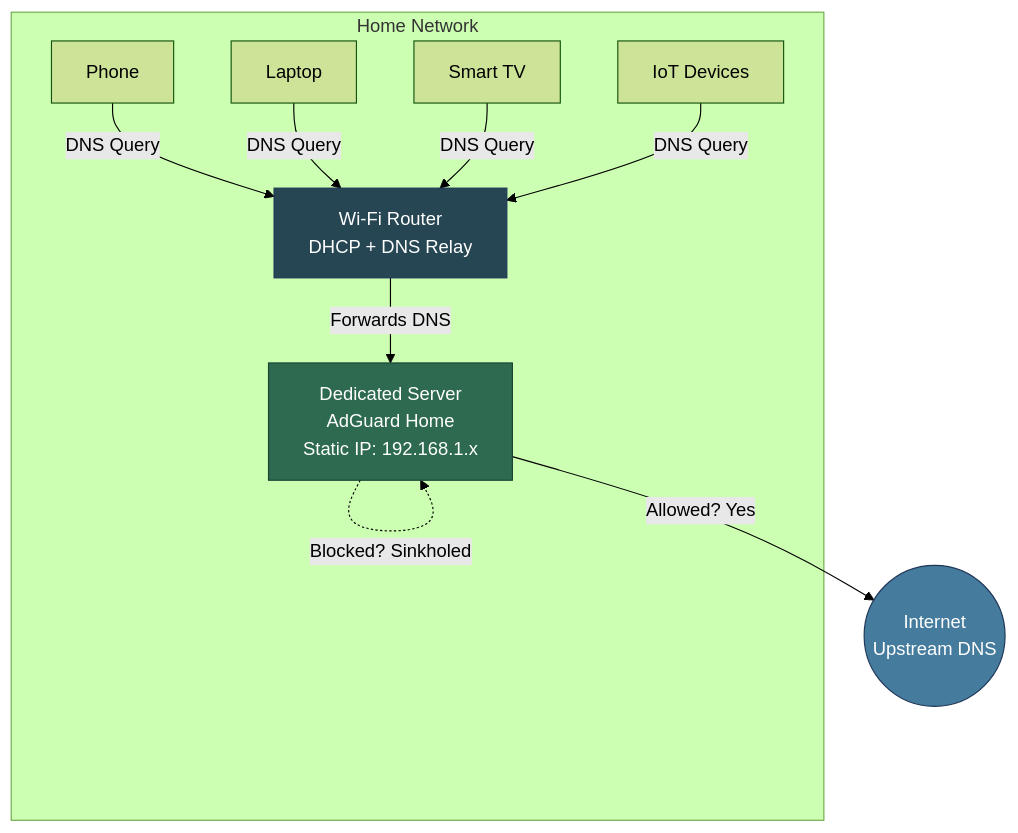
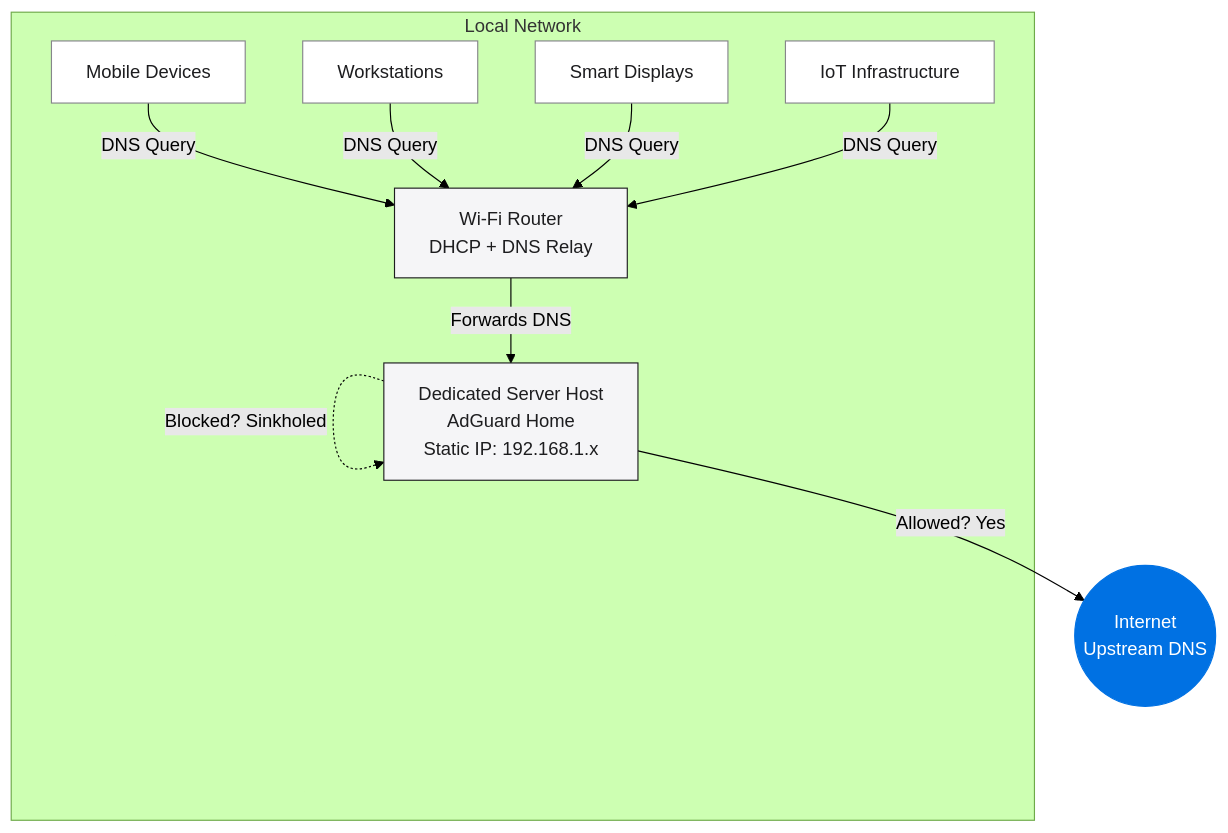
Before and after one commit to rani-nabulsi/DNS-deployment: the first of 4 diagrams in README.md, drawn with Mermaid (forest theme). The commit also changed other lines of this file, not shown here.

````diff
--- a/README.md
+++ b/README.md
@@ -43,25 +43,29 @@
 ```mermaid
 graph TB
-    subgraph Home Network
+    subgraph Local Network
         Router[Wi-Fi Router<br/>DHCP + DNS Relay]
-        Server[Dedicated Server<br/>AdGuard Home<br/>Static IP: 192.168.1.x]
-        Phone[Phone]
-        Laptop[Laptop]
-        TV[Smart TV]
-        IoT[IoT Devices]
+        Server[Dedicated Server Host<br/>AdGuard Home<br/>Static IP: 192.168.1.x]
+        Phone[Mobile Devices]
+        Laptop[Workstations]
+        TV[Smart Displays]
+        IoT[IoT Infrastructure]
     end
 
     Internet((Internet<br/>Upstream DNS))
 
     Phone -- DNS Query --> Router
     Laptop -- DNS Query --> Router
     TV -- DNS Query --> Router
     IoT -- DNS Query --> Router
     Router -- Forwards DNS --> Server
     Server -- Allowed? Yes --> Internet
     Server -. Blocked? Sinkholed .-> Server
 
-    style Server fill:#2d6a4f,stroke:#1b4332,color:#fff
-    style Router fill:#264653,stroke:#1d3557,color:#fff
-    style Internet fill:#457b9d,stroke:#1d3557,color:#fff
+    style Server fill:#F5F5F7,stroke:#1D1D1F,color:#1D1D1F
+    style Router fill:#F5F5F7,stroke:#1D1D1F,color:#1D1D1F
+    style Phone fill:#FFFFFF,stroke:#86868B,color:#1D1D1F
+    style Laptop fill:#FFFFFF,stroke:#86868B,color:#1D1D1F
+    style TV fill:#FFFFFF,stroke:#86868B,color:#1D1D1F
+    style IoT fill:#FFFFFF,stroke:#86868B,color:#1D1D1F
+    style Internet fill:#0071E3,stroke:#0071E3,color:#FFFFFF
 ```
````
